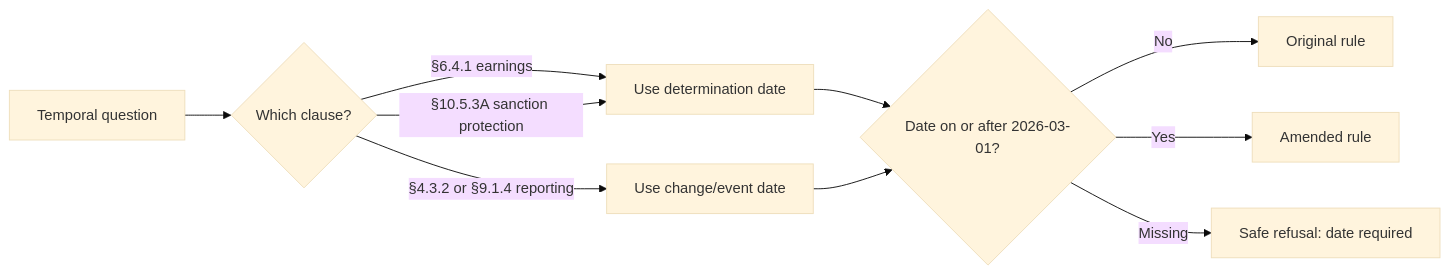
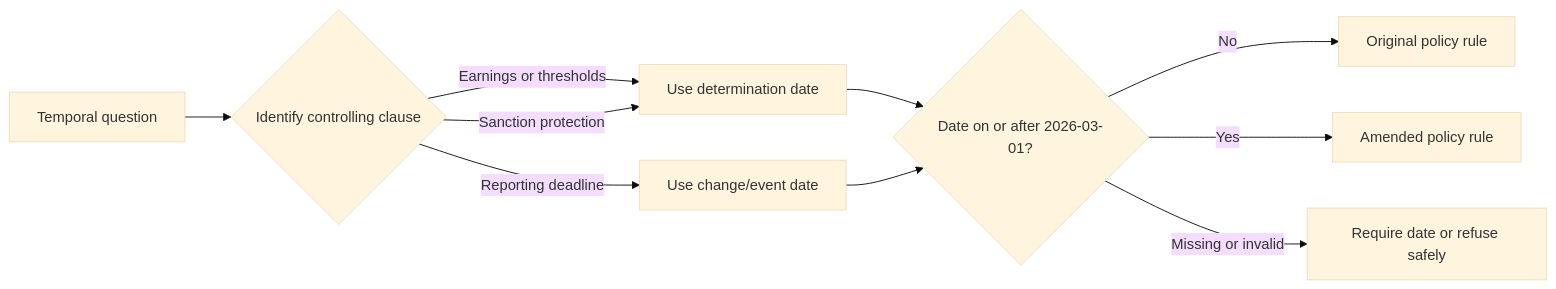
The third of 3 diagrams in README.md (mbkbala/grounded-answer), drawn with Mermaid (base theme) before and after one commit. The commit also changed other lines of this file, not shown here.

````diff
--- a/README.md
+++ b/README.md
@@ -119,12 +334,12 @@
 ```mermaid
 flowchart LR
-      Q[Temporal question] --> C{Which clause?}
-      C -->|§6.4.1 earnings| D[Use determination date]
-      C -->|§4.3.2 or §9.1.4 reporting| E[Use change/event date]
-      C -->|§10.5.3A sanction protection| D
-      D --> F{Date on or after 2026-03-01?}
-      E --> F
-      F -->|No| O[Original rule]
-      F -->|Yes| N[Amended rule]
-      F -->|Missing| R[Safe refusal: date required]
+    Question[Temporal question] --> Clause{Identify controlling clause}
+    Clause -->|Earnings or thresholds| Determination[Use determination date]
+    Clause -->|Reporting deadline| Event[Use change/event date]
+    Clause -->|Sanction protection| Determination
+    Determination --> Compare{Date on or after 2026-03-01?}
+    Event --> Compare
+    Compare -->|No| Original[Original policy rule]
+    Compare -->|Yes| Amended[Amended policy rule]
+    Compare -->|Missing or invalid| Refusal[Require date or refuse safely]
 ```
````
